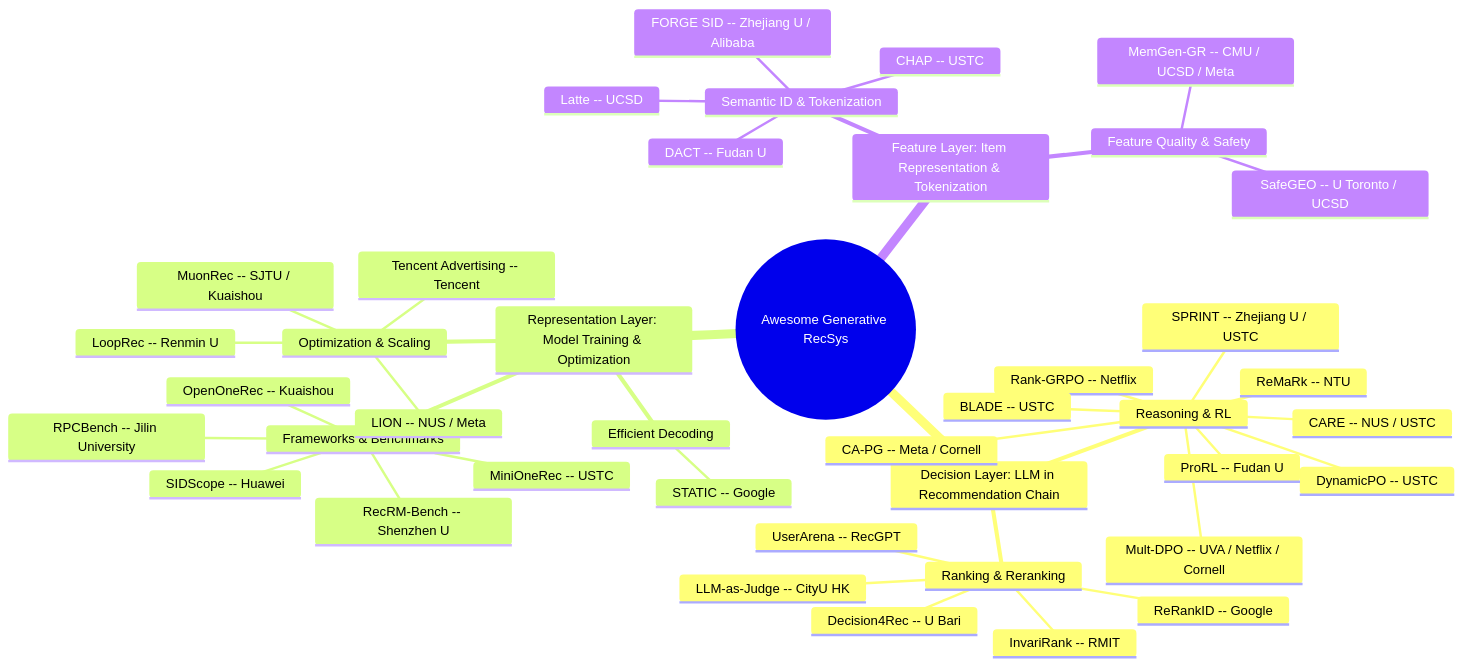
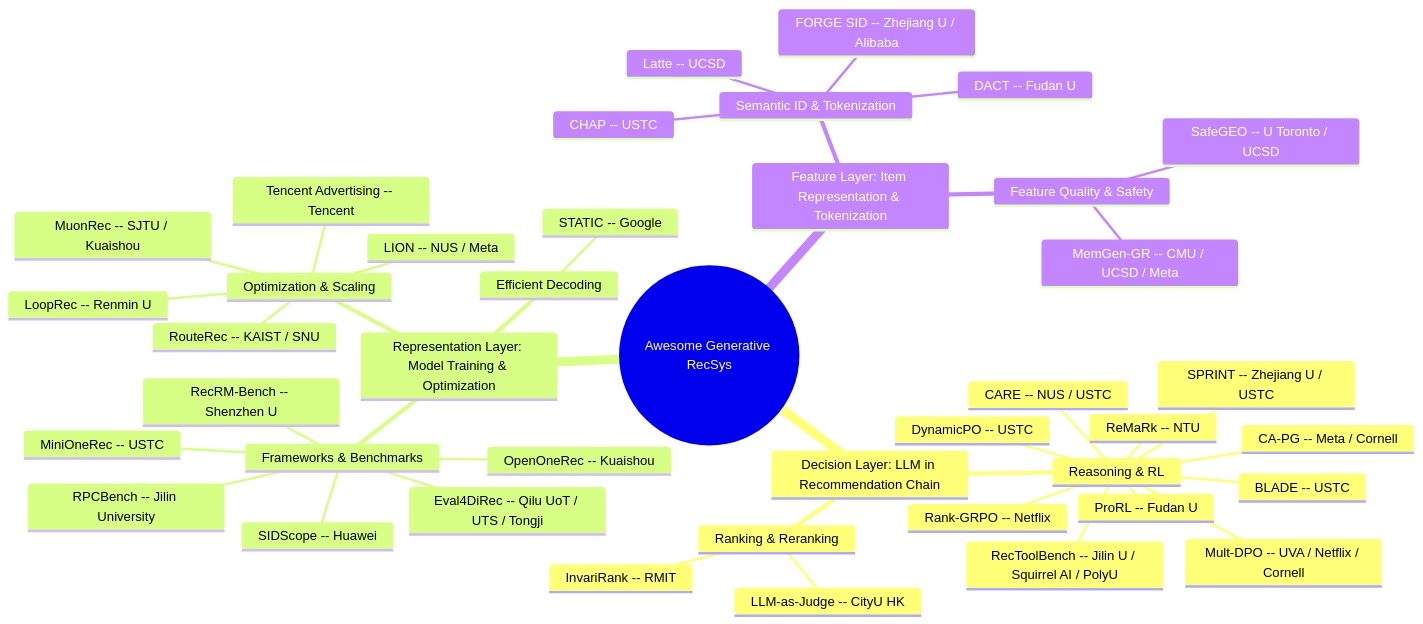
The diagram in README.md (HaFred/awesome-generative-recsys), drawn with Mermaid before and after one commit. The commit also changed other lines of this file and 2 other files, not shown here.

Commit message:
feat: Oct 25 genrec hunt — 5 papers (RouteRec fresh docs-only MoE seq-rec; GRP/OneTrans-V2/Eval4DiRec/RecToolBench re-indexed from Sep 29-30 archive); By Opensource 223->224; mindmap 30-cap held

````diff
--- a/README.md
+++ b/README.md
@@ -30,44 +30,44 @@
 ```mermaid
 mindmap
   root((Awesome Generative RecSys))
     Decision Layer: LLM in Recommendation Chain
       Reasoning & RL
         Rank-GRPO -- Netflix
         DynamicPO -- USTC
         BLADE -- USTC
         SPRINT -- Zhejiang U / USTC
         CARE -- NUS / USTC
         Mult-DPO -- UVA / Netflix / Cornell
         CA-PG -- Meta / Cornell
         ProRL -- Fudan U
         ReMaRk -- NTU
+        RecToolBench -- Jilin U / Squirrel AI / PolyU
       Ranking & Reranking
         InvariRank -- RMIT
         LLM-as-Judge -- CityU HK
-        ReRankID -- Google
-        Decision4Rec -- U Bari
-        UserArena -- RecGPT
     Representation Layer: Model Training & Optimization
       Frameworks & Benchmarks
         MiniOneRec -- USTC
         OpenOneRec -- Kuaishou
         RecRM-Bench -- Shenzhen U
         SIDScope -- Huawei
         RPCBench -- Jilin University
+        Eval4DiRec -- Qilu UoT / UTS / Tongji
       Efficient Decoding
         STATIC -- Google
       Optimization & Scaling
         MuonRec -- SJTU / Kuaishou
         Tencent Advertising -- Tencent
         LION -- NUS / Meta
         LoopRec -- Renmin U
+        RouteRec -- KAIST / SNU
     Feature Layer: Item Representation & Tokenization
       Semantic ID & Tokenization
         Latte -- UCSD
         FORGE SID -- Zhejiang U / Alibaba
         DACT -- Fudan U
         CHAP -- USTC
       Feature Quality & Safety
         SafeGEO -- U Toronto / UCSD
         MemGen-GR -- CMU / UCSD / Meta
 ```
````
